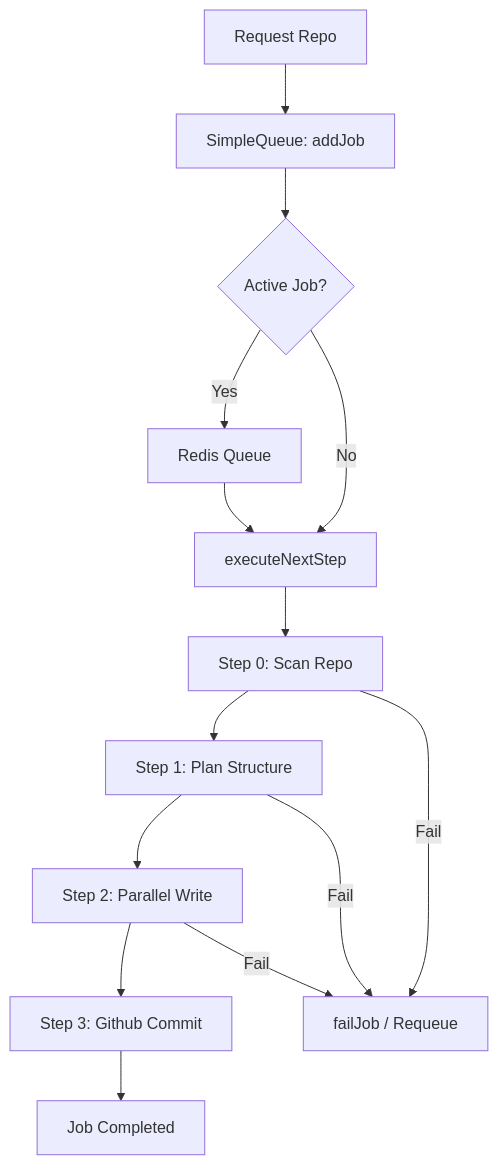
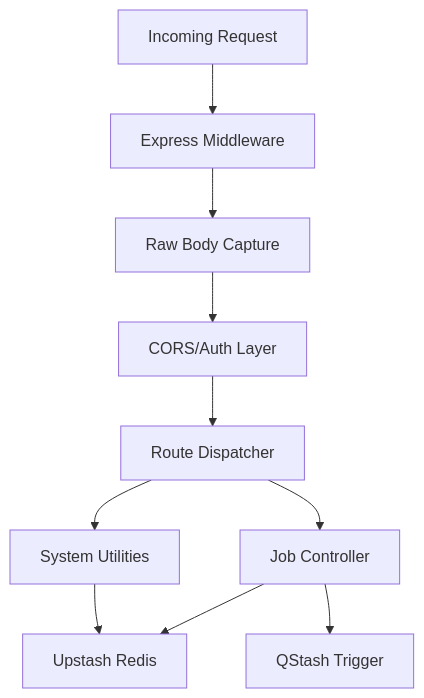
Before and after one commit to shinymacktest/gitdex-docs: the diagram in docs/shinymack/gitdex/2_backend-core-engine.mdx, drawn with Mermaid. The commit also changed other lines of this file and 15 other files, not shown here.

````diff
--- a/docs/shinymack/gitdex/2_backend-core-engine.mdx
+++ b/docs/shinymack/gitdex/2_backend-core-engine.mdx
@@ -36,16 +34,12 @@
 ```mermaid
 graph TD
-    A["Request Repo"] --> B["SimpleQueue: addJob"]
-    B --> C{"Active Job?"}
-    C -- "Yes" --> D["Redis Queue"]
-    C -- "No" --> E["executeNextStep"]
-    D --> E
-    E --> F["Step 0: Scan Repo"]
-    F --> G["Step 1: Plan Structure"]
-    G --> H["Step 2: Parallel Write"]
-    H --> I["Step 3: Github Commit"]
-    I --> J["Job Completed"]
-    F -- "Fail" --> K["failJob / Requeue"]
-    G -- "Fail" --> K
-    H -- "Fail" --> K
+    A["Incoming Request"] --> B["Express Middleware"]
+    B --> C["Raw Body Capture"]
+    C --> D["CORS/Auth Layer"]
+    D --> E["Route Dispatcher"]
+    E --> F["Job Controller"]
+    E --> G["System Utilities"]
+    F --> H["Upstash Redis"]
+    F --> I["QStash Trigger"]
+    G --> H
 ```
````
